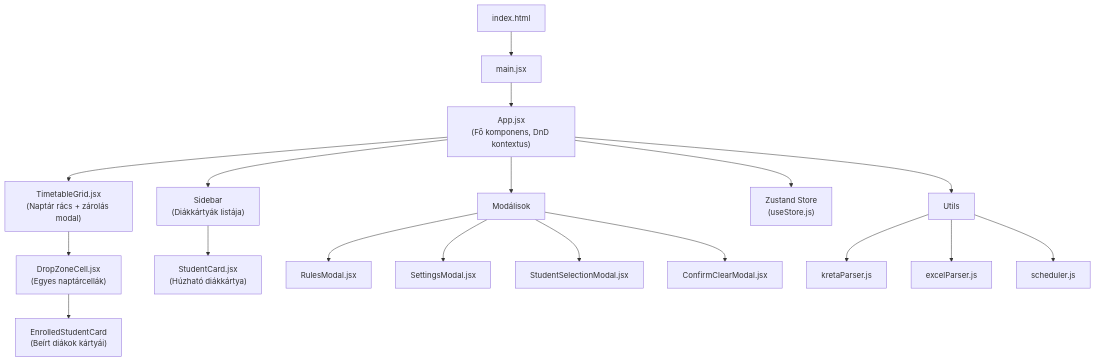
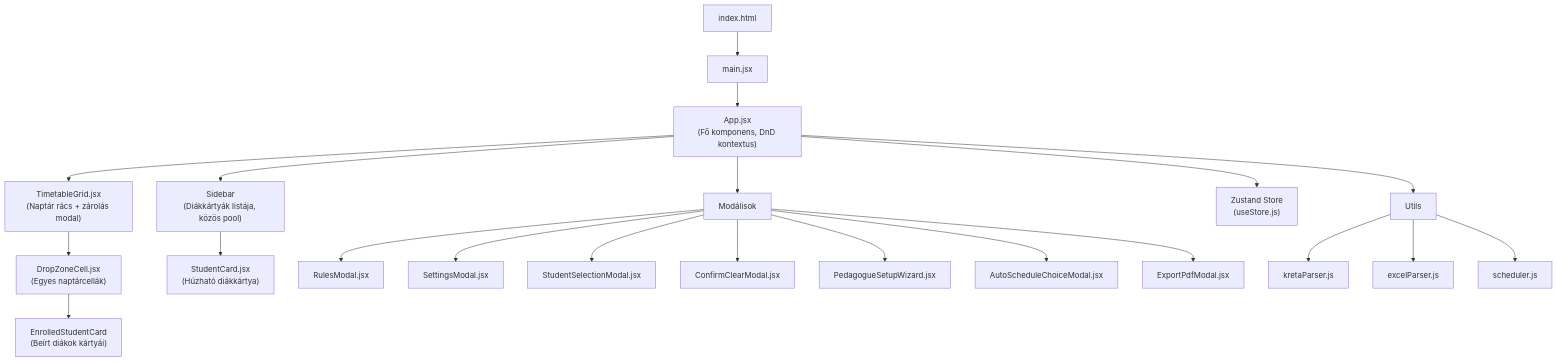
One commit to bozsok/fejlesztoi_orarend_tervezo changed the first of 2 diagrams in project-context.md. Above: the diagram before and after it, drawn with Mermaid. The commit also changed other lines of this file and 27 other files, not shown here.

````diff
--- a/project-context.md
+++ b/project-context.md
@@ -12,20 +12,23 @@
 ```mermaid
 graph TD
   A["index.html"] --> B["main.jsx"]
   B --> C["App.jsx<br>(Fő komponens, DnD kontextus)"]
   C --> D["TimetableGrid.jsx<br>(Naptár rács + zárolás modal)"]
-  C --> E["Sidebar<br>(Diákkártyák listája)"]
+  C --> E["Sidebar<br>(Diákkártyák listája, közös pool)"]
   D --> F["DropZoneCell.jsx<br>(Egyes naptárcellák)"]
   F --> G["EnrolledStudentCard<br>(Beírt diákok kártyái)"]
   E --> H["StudentCard.jsx<br>(Húzható diákkártya)"]
   C --> I["Modálisok"]
   I --> I1["RulesModal.jsx"]
   I --> I2["SettingsModal.jsx"]
   I --> I3["StudentSelectionModal.jsx"]
   I --> I4["ConfirmClearModal.jsx"]
+  I --> I5["PedagogueSetupWizard.jsx"]
+  I --> I6["AutoScheduleChoiceModal.jsx"]
+  I --> I7["ExportPdfModal.jsx"]
   C --> J["Zustand Store<br>(useStore.js)"]
   C --> K["Utils"]
   K --> K1["kretaParser.js"]
   K --> K2["excelParser.js"]
   K --> K3["scheduler.js"]
 ```
````
